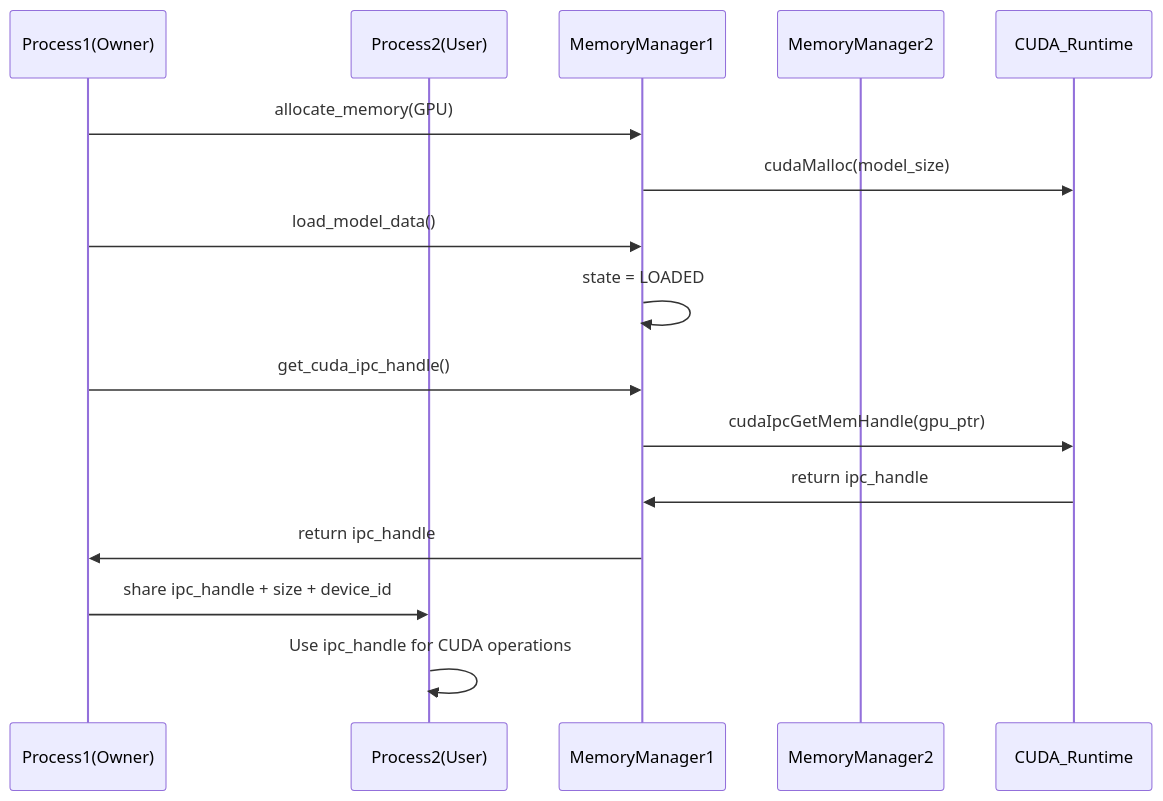
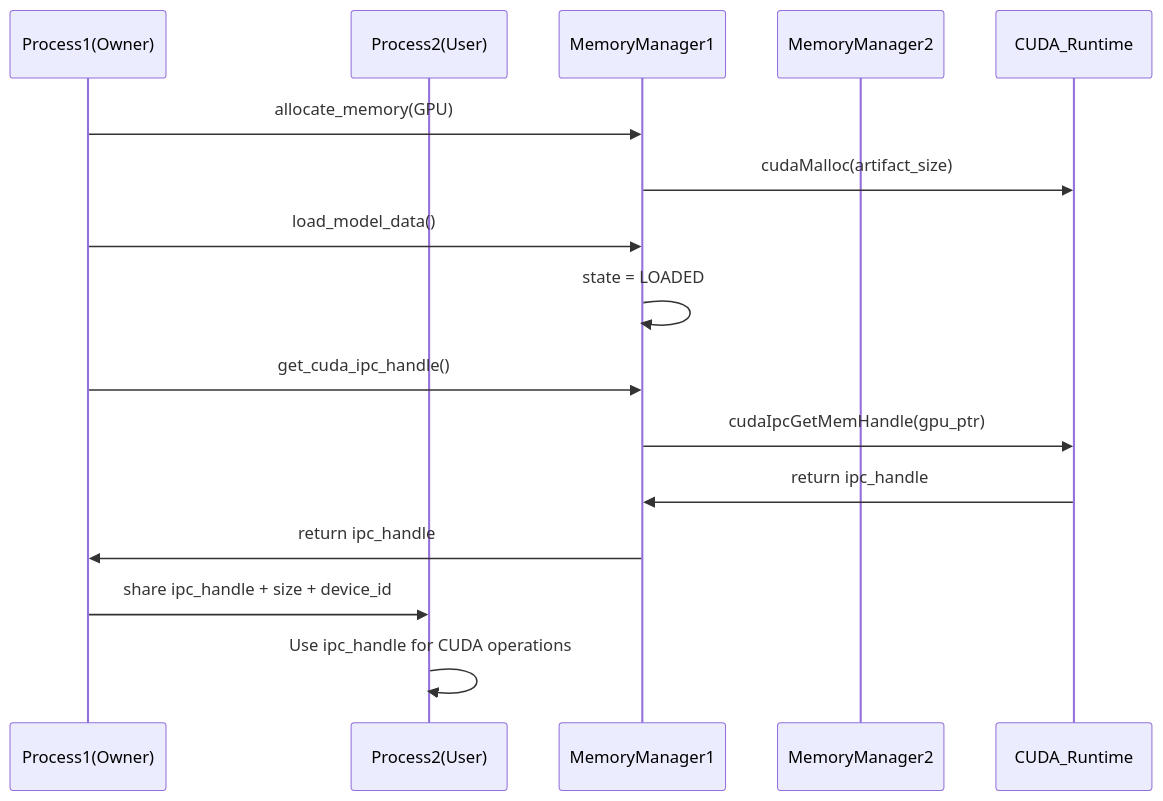
Before and after one commit to tensorcast-ai/tensorcast: diagram 13 of 13 in web-docs/docs/developer-guides/core/store/architecture.md, drawn with Mermaid. The commit also changed other lines of this file and 331 other files, not shown here.

Commit message:
refactor: refactor model to artifact & replica

````diff
--- a/web-docs/docs/developer-guides/core/store/architecture.md
+++ b/web-docs/docs/developer-guides/core/store/architecture.md
@@ -558,21 +558,21 @@
 ```mermaid
 sequenceDiagram
     participant P1 as Process1(Owner)
     participant P2 as Process2(User)
     participant MM1 as MemoryManager1
     participant MM2 as MemoryManager2
     participant CUDA as CUDA_Runtime
 
     P1->>MM1: allocate_memory(GPU)
-    MM1->>CUDA: cudaMalloc(model_size)
+    MM1->>CUDA: cudaMalloc(artifact_size)
     P1->>MM1: load_model_data()
     MM1->>MM1: state = LOADED
 
     P1->>MM1: get_cuda_ipc_handle()
     MM1->>CUDA: cudaIpcGetMemHandle(gpu_ptr)
     CUDA->>MM1: return ipc_handle
     MM1->>P1: return ipc_handle
 
     P1->>P2: share ipc_handle + size + device_id
     P2->>P2: Use ipc_handle for CUDA operations
 ```
````
